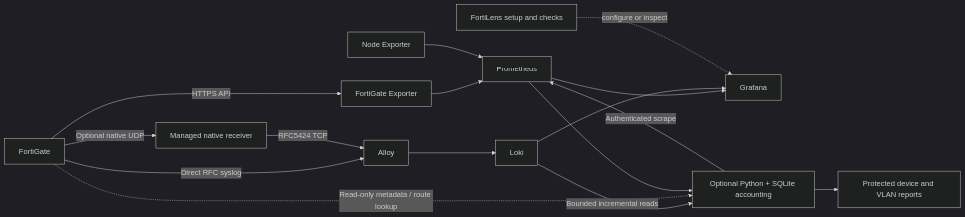
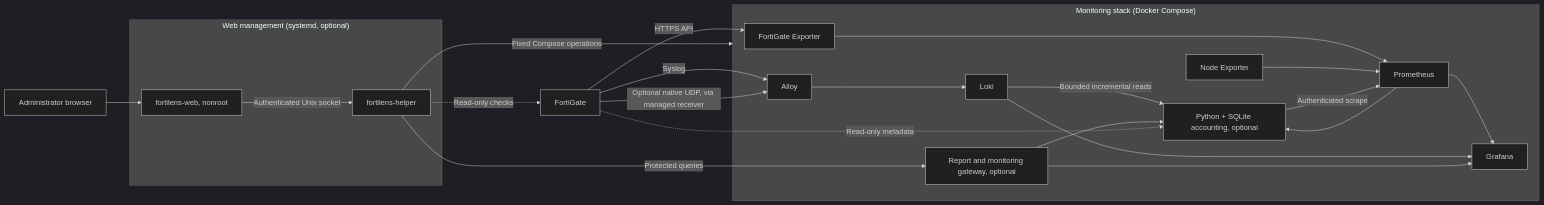
The diagram in README.md (Rafattitas/fortilens), drawn with Mermaid (dark theme) before and after one commit. The commit also changed other lines of this file and 2 other files, not shown here.

````diff
--- a/README.md
+++ b/README.md
@@ -204,18 +157,31 @@
 ```mermaid
 flowchart LR
-  FG[FortiGate] -->|HTTPS API| EX[FortiGate Exporter]
-  EX --> PR[Prometheus]
-  FG -->|Direct RFC syslog| AL[Alloy]
-  FG -->|Optional native UDP| RX[Managed native receiver]
-  RX -->|RFC5424 TCP| AL
-  AL --> LO[Loki]
-  NE[Node Exporter] --> PR
-  PR --> GR[Grafana]
-  LO --> GR
-  LO -->|Bounded incremental reads| US[Optional Python + SQLite accounting]
-  FG -. Read-only metadata / route lookup .-> US
-  PR --> US
-  US --> RP[Protected device and VLAN reports]
-  US -->|Authenticated scrape| PR
-  CLI[FortiLens setup and checks] -. configure or inspect .-> GR
+  Admin[Administrator browser] --> WEB
+
+  subgraph Management["Web management (systemd, optional)"]
+    WEB[fortilens-web, nonroot] -->|Authenticated Unix socket| HP[fortilens-helper]
+  end
+
+  FG[FortiGate]
+
+  subgraph Stack["Monitoring stack (Docker Compose)"]
+    EX[FortiGate Exporter] --> PR[Prometheus]
+    NE[Node Exporter] --> PR
+    PR --> GR[Grafana]
+    AL[Alloy] --> LO[Loki]
+    LO --> GR
+    LO -->|Bounded incremental reads| US[Python + SQLite accounting, optional]
+    PR --> US
+    US -->|Authenticated scrape| PR
+    GW[Report and monitoring gateway, optional] --> GR
+    GW --> US
+  end
+
+  FG -->|HTTPS API| EX
+  FG -->|Syslog| AL
+  FG -->|Optional native UDP, via managed receiver| AL
+  FG -. Read-only metadata .-> US
+  HP -->|Fixed Compose operations| Stack
+  HP -->|Protected queries| GW
+  HP -. Read-only checks .-> FG
 ```
````
